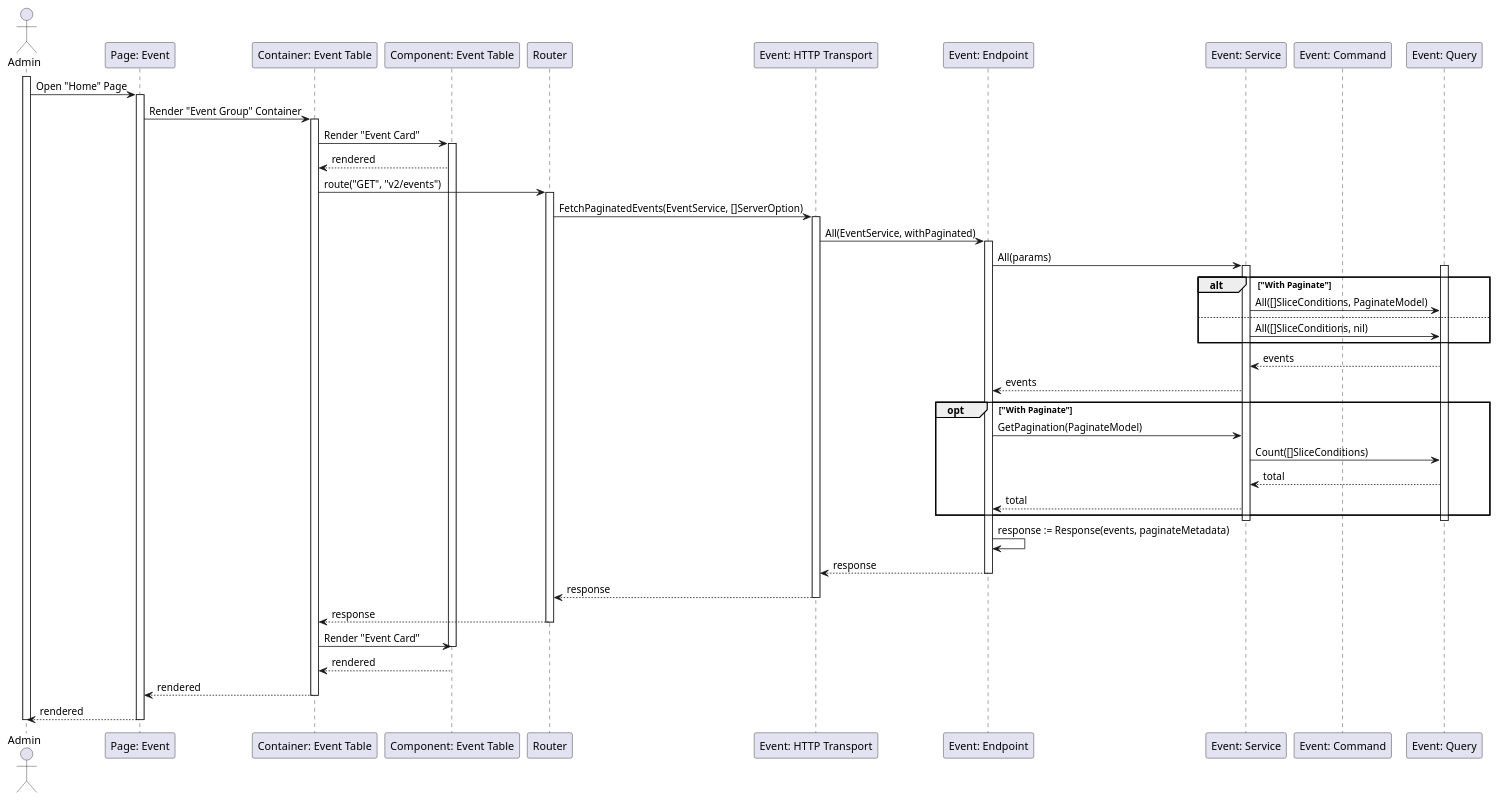
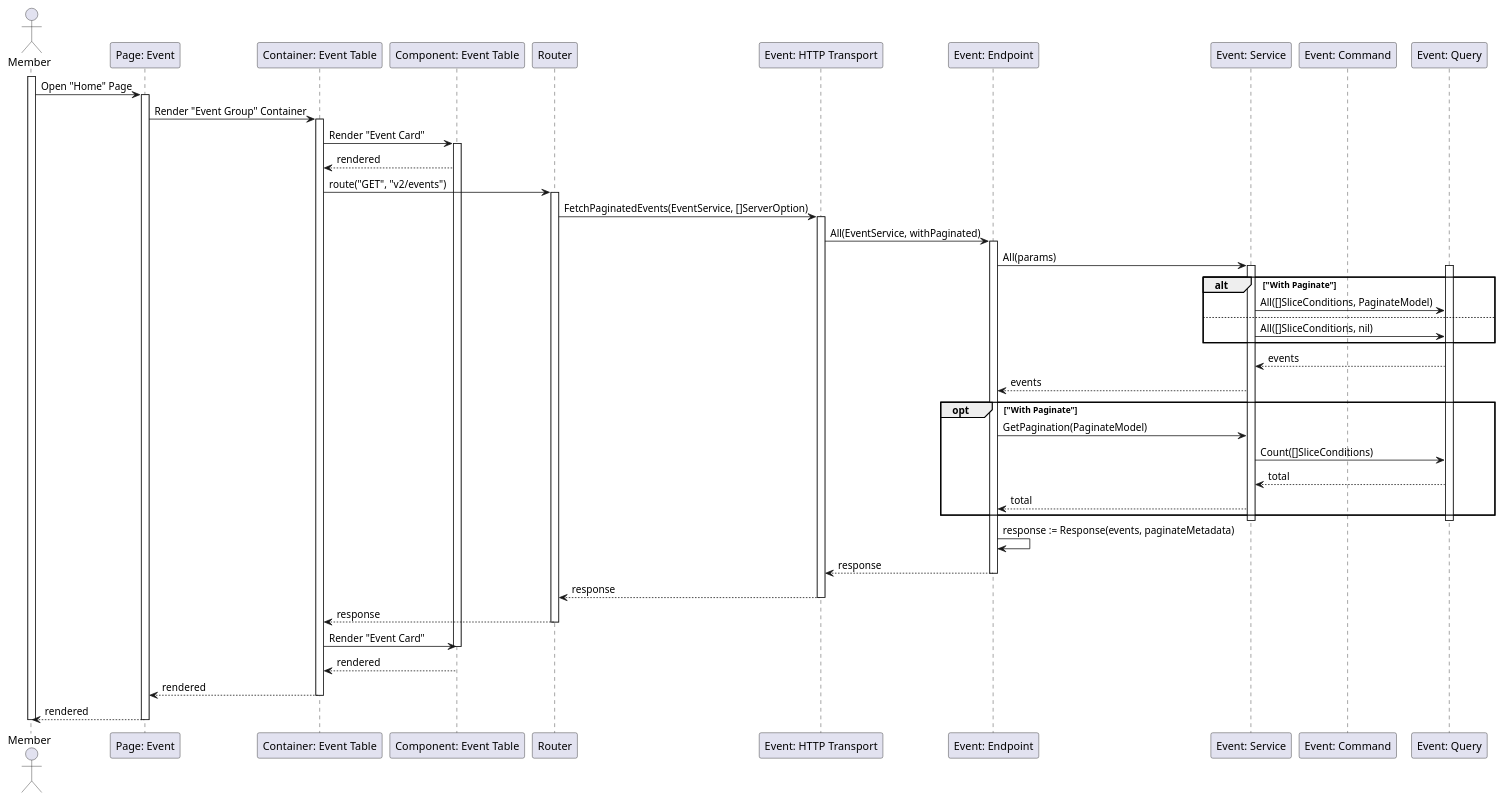
The diagram in Sequance/Release01/GetEvent_Member.wsd (fwidjaya20/fazzlearning-uml), drawn with PlantUML before and after one commit.

Commit message:
sequence: change actor name into member

```diff
--- a/Sequance/Release01/GetEvent_Member.wsd
+++ b/Sequance/Release01/GetEvent_Member.wsd
@@ -1,67 +1,67 @@
 @startuml DeleteEvent_Member
 
-actor Admin
+actor Member
 participant "Page: Event" as EventPage
 participant "Container: Event Table" as EventTableContainer
 participant "Component: Event Table" as EventTable
 participant "Router" as Router
 participant "Event: HTTP Transport" as EventHTTPTransport
 participant "Event: Endpoint" as EventEndpoint
 participant "Event: Service" as EventService
 participant "Event: Command" as EventCommand
 participant "Event: Query" as EventQuery
 
-activate Admin
+activate Member
 
-Admin->EventPage: Open "Home" Page
+Member->EventPage: Open "Home" Page
 activate EventPage
 EventPage->EventTableContainer: Render "Event Group" Container
 activate EventTableContainer
 EventTableContainer->EventTable: Render "Event Card"
 activate EventTable
 EventTable-->EventTableContainer: rendered
 EventTableContainer->Router: route("GET", "v2/events")
 activate Router
 Router->EventHTTPTransport: FetchPaginatedEvents(EventService, []ServerOption)
 activate EventHTTPTransport
 EventHTTPTransport->EventEndpoint: All(EventService, withPaginated)
 activate EventEndpoint
 EventEndpoint->EventService: All(params)
 
 activate EventService
 activate EventQuery
 alt "With Paginate"
     EventService->EventQuery: All([]SliceConditions, PaginateModel)
 else
     EventService->EventQuery: All([]SliceConditions, nil)
 end
 EventQuery-->EventService: events
 EventService-->EventEndpoint: events
 
 opt "With Paginate"
     EventEndpoint->EventService: GetPagination(PaginateModel)
     EventService->EventQuery: Count([]SliceConditions)
     EventQuery-->EventService: total
     EventService-->EventEndpoint: total
 end
 deactivate EventQuery
 deactivate EventService
 
 EventEndpoint->EventEndpoint: response := Response(events, paginateMetadata)
 EventEndpoint-->EventHTTPTransport: response
 deactivate EventEndpoint
 EventHTTPTransport-->Router: response
 deactivate EventHTTPTransport
 Router-->EventTableContainer: response
 deactivate Router
 EventTableContainer->EventTable: Render "Event Card"
 deactivate EventTable
 EventTable-->EventTableContainer: rendered
 EventTableContainer-->EventPage: rendered
 deactivate EventTableContainer
-EventPage-->Admin: rendered
+EventPage-->Member: rendered
 deactivate EventPage
 
-deactivate Admin
+deactivate Member
 
 @enduml
```
